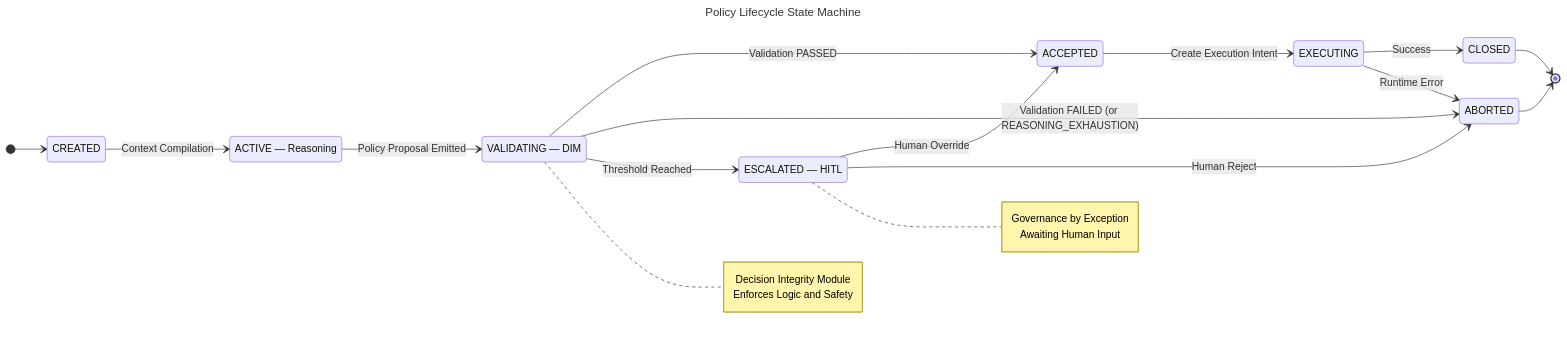
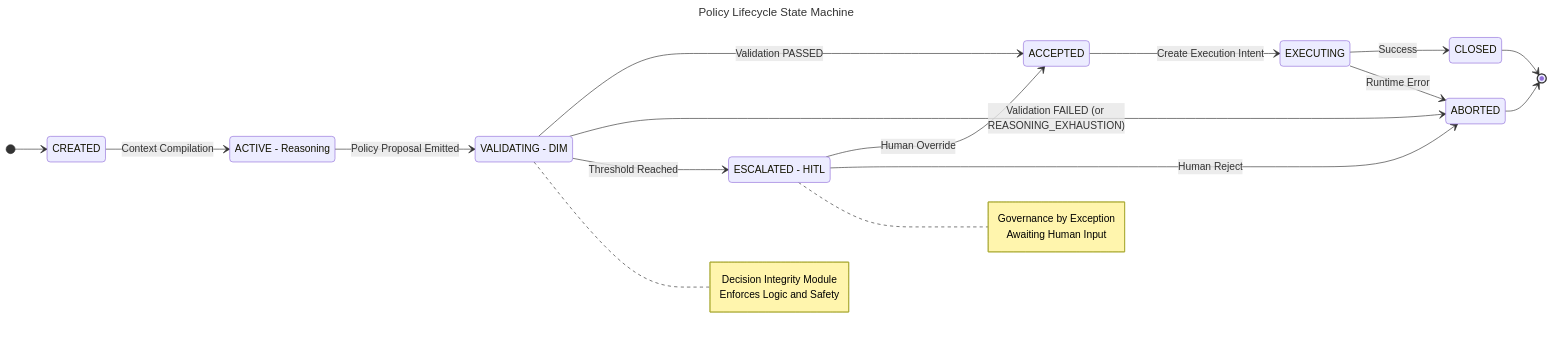
One commit to huka81/decision-intelligence-runtime changed the eighth of 20 diagrams in docs/07-dir-minified/DIR-minified.md. Above: the diagram before and after it, drawn with Mermaid. The commit also changed other lines of this file and 6 other files, not shown here.

````diff
--- a/docs/07-dir-minified/DIR-minified.md
+++ b/docs/07-dir-minified/DIR-minified.md
@@ -865,47 +865,47 @@
 ```mermaid
 ---
 title: Policy Lifecycle State Machine
 config:
   look: classic
 ---
 stateDiagram-v2
     direction LR
 
     state "CREATED" as Created
-    state "ACTIVE — Reasoning" as Active
-    state "VALIDATING — DIM" as Validating
-    state "ESCALATED — HITL" as Escalated
+    state "ACTIVE  -  Reasoning" as Active
+    state "VALIDATING  -  DIM" as Validating
+    state "ESCALATED  -  HITL" as Escalated
     state "ACCEPTED" as Accepted
     state "EXECUTING" as Executing
     state "CLOSED" as Closed
     state "ABORTED" as Aborted
 
     [*] --> Created
     Created --> Active : Context Compilation
 
     Active --> Validating : Policy Proposal Emitted
 
     Validating --> Accepted : Validation PASSED
     Validating --> Aborted : Validation FAILED (or REASONING_EXHAUSTION)
     Validating --> Escalated : Threshold Reached
 
     Escalated --> Accepted : Human Override
     Escalated --> Aborted : Human Reject
 
     Accepted --> Executing : Create Execution Intent
     Executing --> Closed : Success
     Executing --> Aborted : Runtime Error
 
     Closed --> [*]
     Aborted --> [*]
 
     note right of Validating
         Decision Integrity Module
         Enforces Logic and Safety
     end note
 
     note right of Escalated
         Governance by Exception
         Awaiting Human Input
     end note
 ```
````
